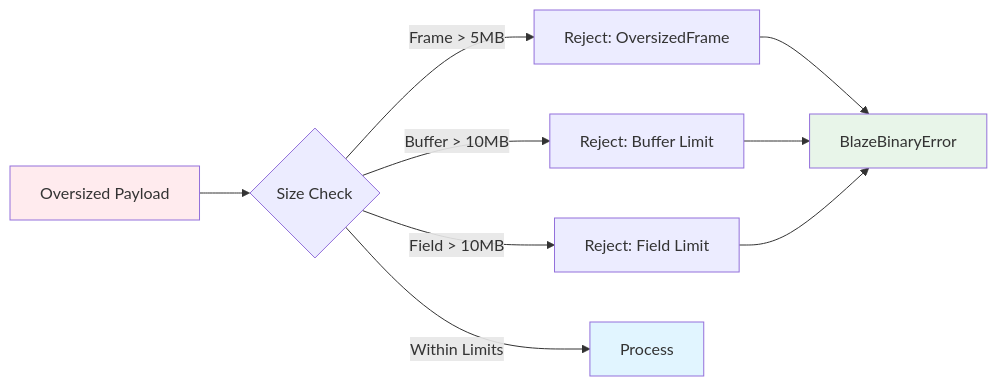
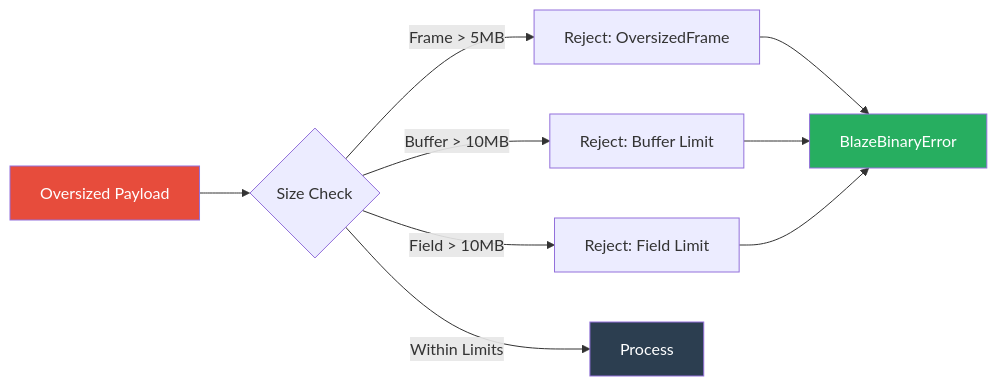
One commit to Mikedan37/BlazeBinary changed the second of 2 diagrams in Docs/THREAT_MODEL.md. Above: the diagram before and after it, drawn with Mermaid. The commit also changed other lines of this file and 11 other files, not shown here.

First line of the commit message:
Improve Mermaid diagrams and code display formatting

````diff
--- a/Docs/THREAT_MODEL.md
+++ b/Docs/THREAT_MODEL.md
@@ -80,16 +80,16 @@
 ```mermaid
 graph LR
     A[Oversized Payload] --> B{Size Check}
     B -->|Frame > 5MB| C[Reject: OversizedFrame]
     B -->|Buffer > 10MB| D[Reject: Buffer Limit]
     B -->|Field > 10MB| E[Reject: Field Limit]
     B -->|Within Limits| F[Process]
     
     C --> G[BlazeBinaryError]
     D --> G
     E --> G
     
-    style A fill:#ffebee
-    style G fill:#e8f5e9
-    style F fill:#e1f5ff
+    style A fill:#e74c3c,color:#ffffff
+    style G fill:#27ae60,color:#ffffff
+    style F fill:#2c3e50,color:#ffffff
 ```
````
